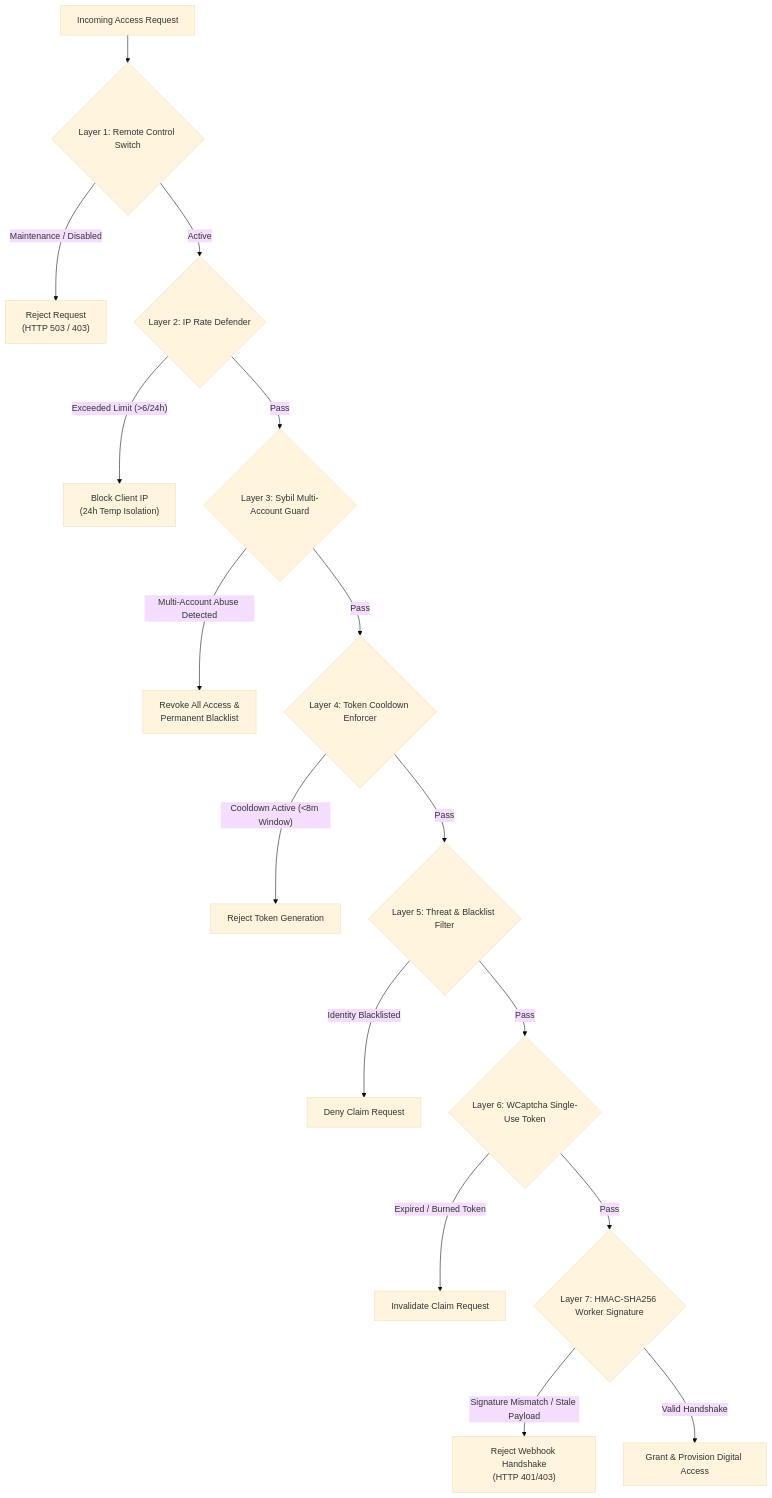
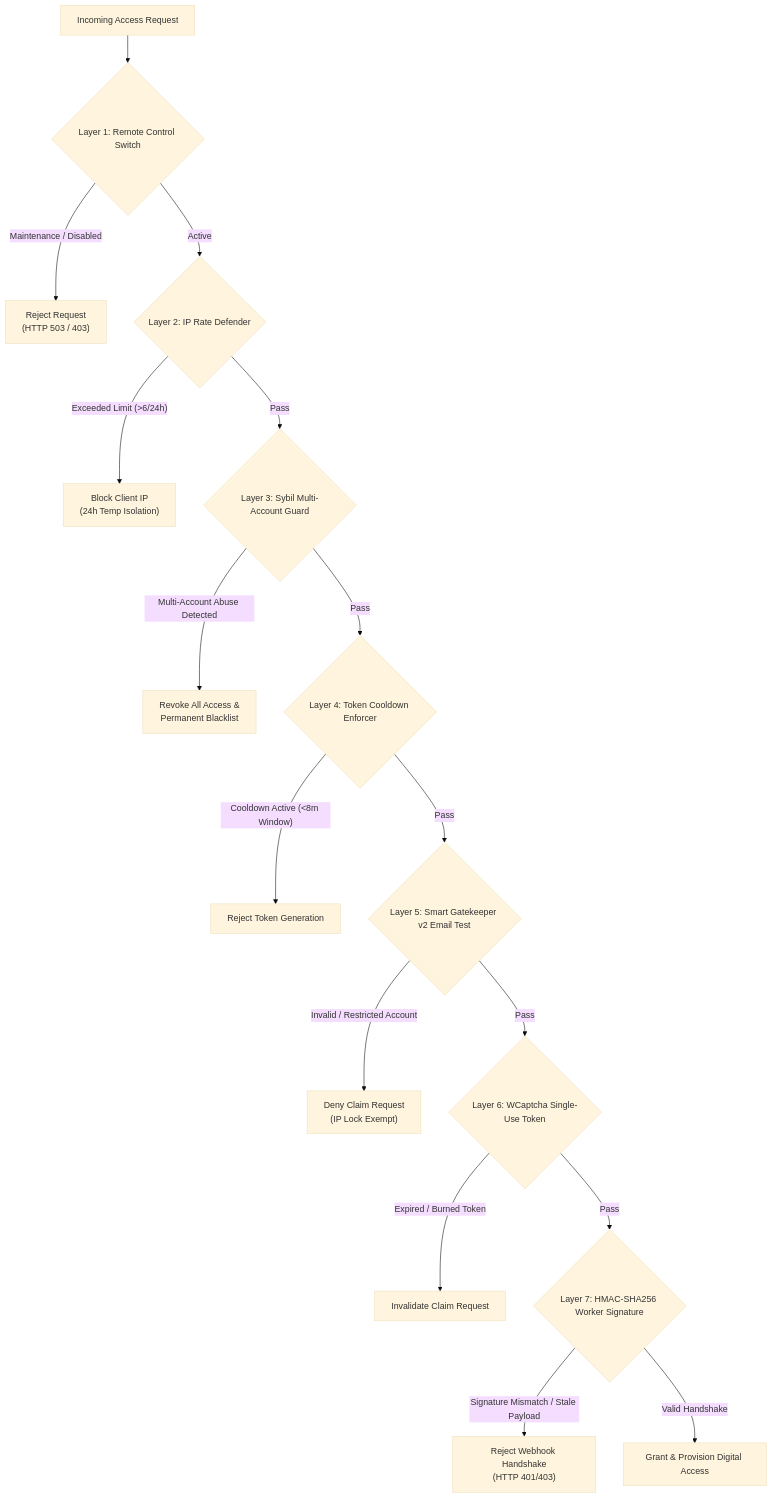
Before and after one commit to Rynetsysid/portal-akses-visual-novel-bahasa-indonesia: the fourth of 6 diagrams in README.md, drawn with Mermaid (base theme). The commit also changed other lines of this file, not shown here.

````diff
--- a/README.md
+++ b/README.md
@@ -135,24 +181,24 @@
 ```mermaid
 flowchart TD
     Req["Incoming Access Request"] --> L1{"Layer 1: Remote Control Switch"}
     L1 -- Maintenance / Disabled --> RejectL1["Reject Request<br/>(HTTP 503 / 403)"]
     L1 -- Active --> L2{"Layer 2: IP Rate Defender"}
     
     L2 -- Exceeded Limit (>6/24h) --> RejectL2["Block Client IP<br/>(24h Temp Isolation)"]
     L2 -- Pass --> L3{"Layer 3: Sybil Multi-Account Guard"}
     
     L3 -- Multi-Account Abuse Detected --> RejectL3["Revoke All Access &<br/>Permanent Blacklist"]
     L3 -- Pass --> L4{"Layer 4: Token Cooldown Enforcer"}
     
     L4 -- Cooldown Active (<8m Window) --> RejectL4["Reject Token Generation"]
-    L4 -- Pass --> L5{"Layer 5: Threat & Blacklist Filter"}
+    L4 -- Pass --> L5{"Layer 5: Smart Gatekeeper v2 Email Test"}
     
-    L5 -- Identity Blacklisted --> RejectL5["Deny Claim Request"]
+    L5 -- Invalid / Restricted Account --> RejectL5["Deny Claim Request<br/>(IP Lock Exempt)"]
     L5 -- Pass --> L6{"Layer 6: WCaptcha Single-Use Token"}
     
     L6 -- Expired / Burned Token --> RejectL6["Invalidate Claim Request"]
     L6 -- Pass --> L7{"Layer 7: HMAC-SHA256 Worker Signature"}
     
     L7 -- Signature Mismatch / Stale Payload --> RejectL7["Reject Webhook Handshake<br/>(HTTP 401/403)"]
     L7 -- Valid Handshake --> Success["Grant & Provision Digital Access"]
 ```
````
